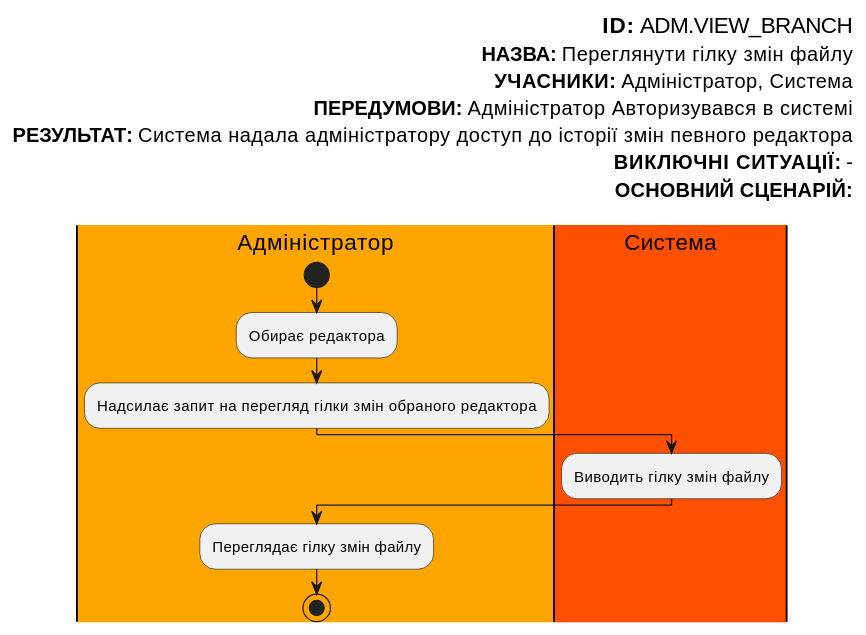
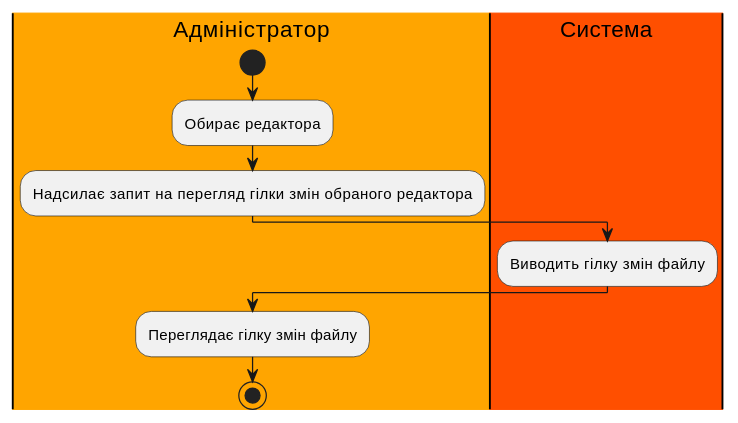
One commit to boldak/edu-db-cw changed diagram 15 of 16 in docs/use cases/README.md. Above: the diagram before and after it, drawn with PlantUML. The commit also changed other lines of this file, not shown here.

```diff
--- a/docs/use cases/README.md
+++ b/docs/use cases/README.md
@@ -483,26 +448,14 @@
 @startuml
-
-
-left header
-<font color=000 size=18><b>ID:</b> ADM.VIEW_BRANCH
-<font color=000 size=16><b>НАЗВА:</b> Переглянути гілку змін файлу
-<font color=000 size=16><b>УЧАСНИКИ:</b> Адміністратор, Система
-<font color=000 size=16><b>ПЕРЕДУМОВИ:</b> Адміністратор Авторизувався в системі
-<font color=000 size=16><b>РЕЗУЛЬТАТ:</b> Система надала адміністратору доступ до історії змін певного редактора
-<font color=000 size=16><b>ВИКЛЮЧНІ СИТУАЦІЇ:</b> -
-<font color=000 size=16><b>ОСНОВНИЙ СЦЕНАРІЙ:</b>
-
-end header
 
 
 |#FFA500|Адміністратор|
   start
   :Обирає редактора;
   :Надсилає запит на перегляд гілки змін обраного редактора;
 |#FF4F00|Система|
   :Виводить гілку змін файлу;
 |Адміністратор|
   :Переглядає гілку змін файлу;
   stop;
   
 @enduml
```
